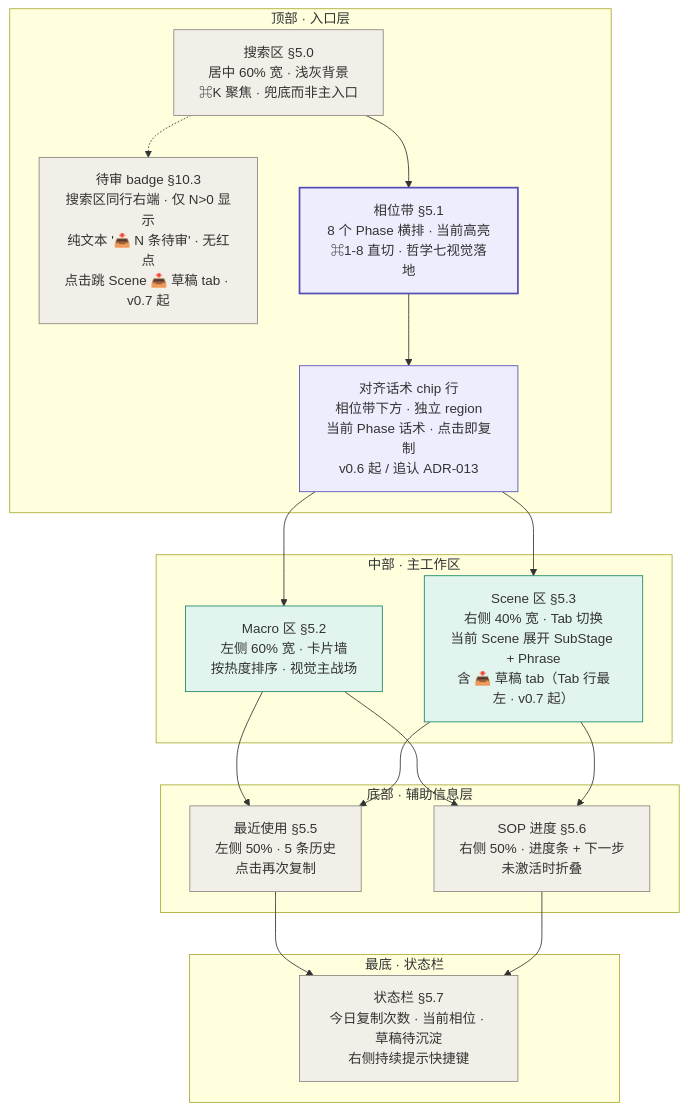
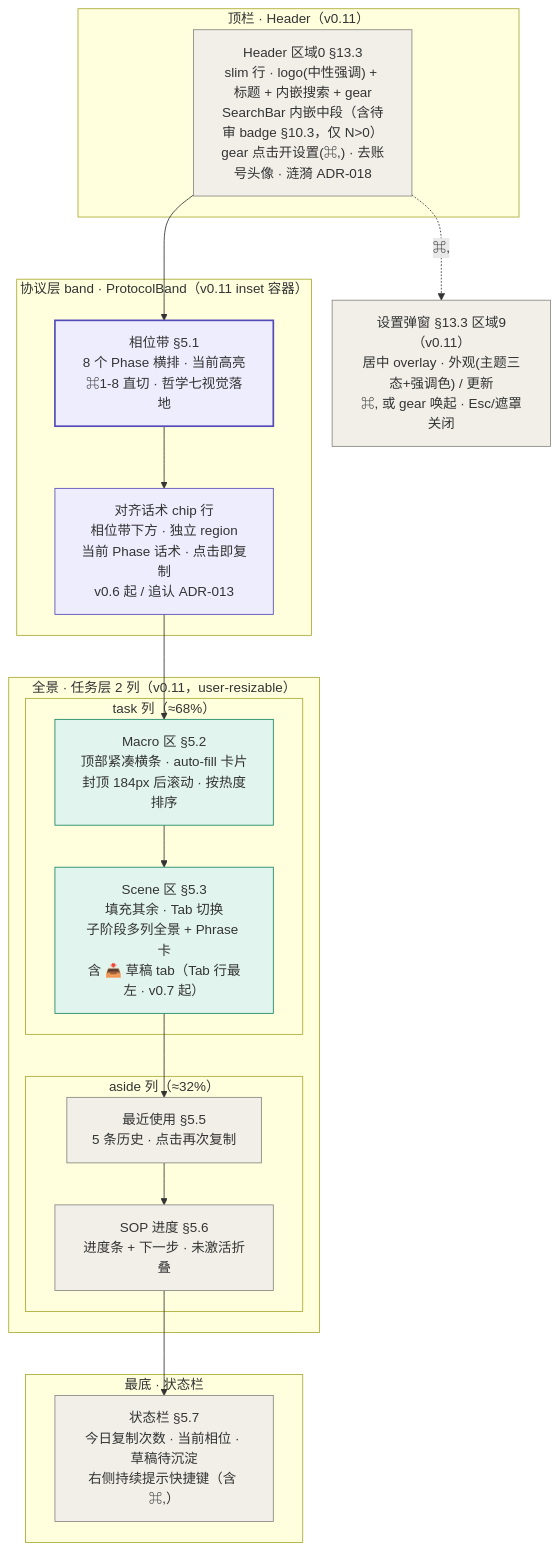
Before and after one commit to HuiW86/prompt-hub: the fourth of 4 diagrams in docs/design/03-product-spec.md, drawn with Mermaid. The commit also changed other lines of this file and 24 other files, not shown here.

````diff
--- a/docs/design/03-product-spec.md
+++ b/docs/design/03-product-spec.md
@@ -568,45 +568,47 @@
 ```mermaid
 graph TD
-    subgraph 顶部["顶部 · 入口层"]
-        S["搜索区 §5.0<br/>居中 60% 宽 · 浅灰背景<br/>⌘K 聚焦 · 兜底而非主入口"]
-        BADGE["待审 badge §10.3<br/>搜索区同行右端 · 仅 N>0 显示<br/>纯文本 '📥 N 条待审' · 无红点<br/>点击跳 Scene 📥 草稿 tab · v0.7 起"]
+    subgraph 顶栏["顶栏 · Header（v0.11）"]
+        H["Header 区域0 §13.3<br/>slim 行 · logo(中性强调) + 标题 + 内嵌搜索 + gear<br/>SearchBar 内嵌中段（含待审 badge §10.3，仅 N>0）<br/>gear 点击开设置(⌘,) · 去账号头像 · 涟漪 ADR-018"]
+    end
+
+    subgraph 协议带["协议层 band · ProtocolBand（v0.11 inset 容器）"]
         P["相位带 §5.1<br/>8 个 Phase 横排 · 当前高亮<br/>⌘1-8 直切 · 哲学七视觉落地"]
         AP["对齐话术 chip 行<br/>相位带下方 · 独立 region<br/>当前 Phase 话术 · 点击即复制<br/>v0.6 起 / 追认 ADR-013"]
     end
 
-    subgraph 中部["中部 · 主工作区"]
-        M["Macro 区 §5.2<br/>左侧 60% 宽 · 卡片墙<br/>按热度排序 · 视觉主战场"]
-        SC["Scene 区 §5.3<br/>右侧 40% 宽 · Tab 切换<br/>当前 Scene 展开 SubStage + Phrase<br/>含 📥 草稿 tab（Tab 行最左 · v0.7 起）"]
-    end
-
-    subgraph 底部["底部 · 辅助信息层"]
-        R["最近使用 §5.5<br/>左侧 50% · 5 条历史<br/>点击再次复制"]
-        SOP["SOP 进度 §5.6<br/>右侧 50% · 进度条 + 下一步<br/>未激活时折叠"]
+    subgraph 全景["全景 · 任务层 2 列（v0.11，user-resizable）"]
+        subgraph 任务列["task 列（≈68%）"]
+            M["Macro 区 §5.2<br/>顶部紧凑横条 · auto-fill 卡片<br/>封顶 184px 后滚动 · 按热度排序"]
+            SC["Scene 区 §5.3<br/>填充其余 · Tab 切换<br/>子阶段多列全景 + Phrase 卡<br/>含 📥 草稿 tab（Tab 行最左 · v0.7 起）"]
+        end
+        subgraph 辅列["aside 列（≈32%）"]
+            R["最近使用 §5.5<br/>5 条历史 · 点击再次复制"]
+            SOP["SOP 进度 §5.6<br/>进度条 + 下一步 · 未激活折叠"]
+        end
     end
 
     subgraph 最底["最底 · 状态栏"]
-        ST["状态栏 §5.7<br/>今日复制次数 · 当前相位 · 草稿待沉淀<br/>右侧持续提示快捷键"]
+        ST["状态栏 §5.7<br/>今日复制次数 · 当前相位 · 草稿待沉淀<br/>右侧持续提示快捷键（含 ⌘,）"]
     end
 
-    S -.-> BADGE
-    S --> P
+    SET["设置弹窗 §13.3 区域9（v0.11）<br/>居中 overlay · 外观(主题三态+强调色) / 更新<br/>⌘, 或 gear 唤起 · Esc/遮罩关闭"]
+
+    H --> P
     P --> AP
     AP --> M
-    AP --> SC
-    M --> R
+    M --> SC
     SC --> R
-    M --> SOP
-    SC --> SOP
-    R --> ST
+    R --> SOP
     SOP --> ST
+    H -.⌘,.-> SET
 
-    style S fill:#F1EFE8,stroke:#888780,stroke-width:1px
-    style BADGE fill:#F1EFE8,stroke:#888780,stroke-width:1px
+    style H fill:#F1EFE8,stroke:#888780,stroke-width:1px
     style P fill:#EEEDFE,stroke:#534AB7,stroke-width:2px
     style AP fill:#EEEDFE,stroke:#534AB7,stroke-width:1px
     style M fill:#E1F5EE,stroke:#178561,stroke-width:1px
     style SC fill:#E1F5EE,stroke:#178561,stroke-width:1px
     style R fill:#F1EFE8,stroke:#888780,stroke-width:1px
     style SOP fill:#F1EFE8,stroke:#888780,stroke-width:1px
     style ST fill:#F1EFE8,stroke:#888780,stroke-width:1px
+    style SET fill:#F1EFE8,stroke:#888780,stroke-width:1px
 ```
````
